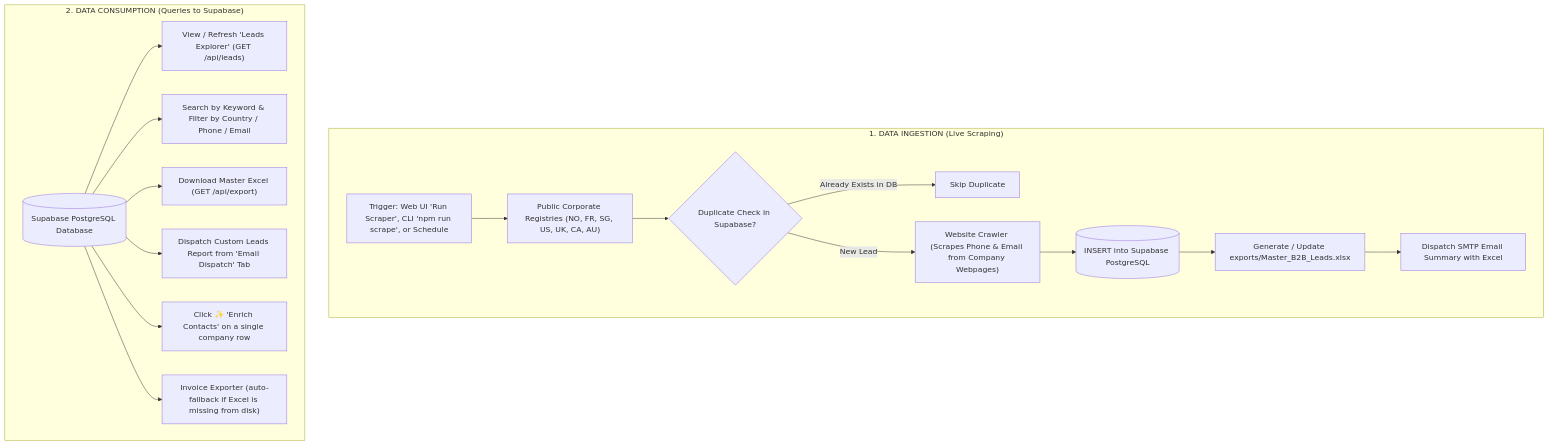
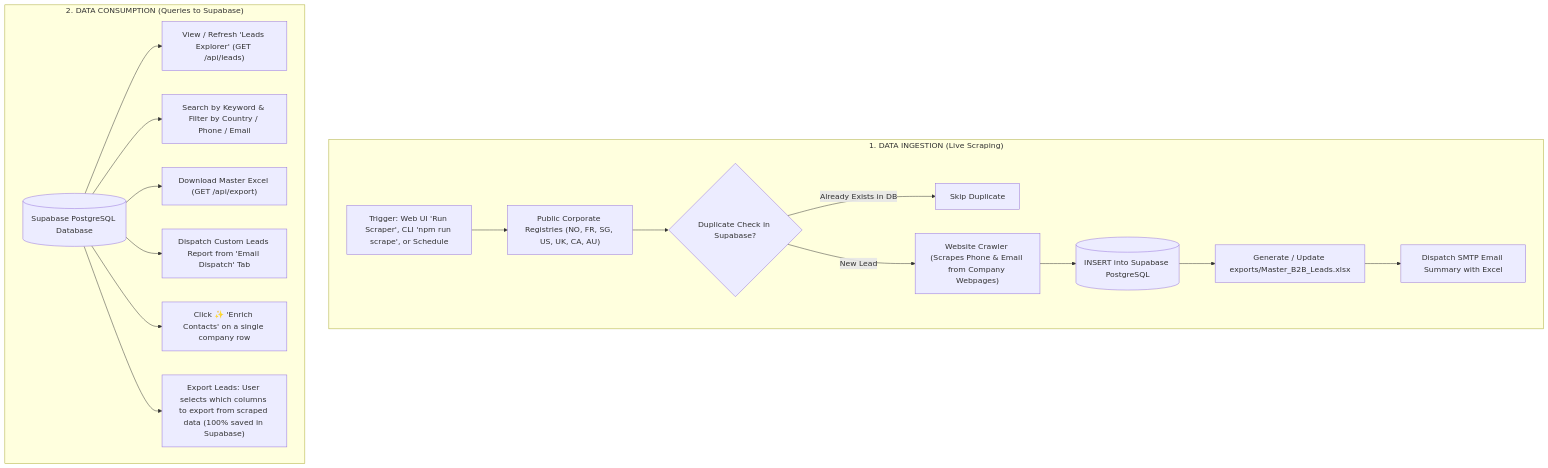
The diagram in WORKFLOW.md (Dev-Saurabh-K/LeadScrapper), drawn with Mermaid before and after one commit. The commit also changed other lines of this file and 3 other files, not shown here.

Commit message:
feat: streamline export workflow - default to scraped leads with custom column selection and zero file upload

````diff
--- a/WORKFLOW.md
+++ b/WORKFLOW.md
@@ -9,39 +9,39 @@
 ```mermaid
 flowchart TD
     subgraph ScrapingPhase ["1. DATA INGESTION (Live Scraping)"]
         Trigger["Trigger: Web UI 'Run Scraper', CLI 'npm run scrape', or Schedule"]
         Registries["Public Corporate Registries (NO, FR, SG, US, UK, CA, AU)"]
         DupCheck{"Duplicate Check in Supabase?"}
         Skip["Skip Duplicate"]
         Enrichment["Website Crawler (Scrapes Phone & Email from Company Webpages)"]
         InsertDB[("INSERT into Supabase PostgreSQL")]
         GenExcel["Generate / Update exports/Master_B2B_Leads.xlsx"]
         SendEmail["Dispatch SMTP Email Summary with Excel"]
 
         Trigger --> Registries
         Registries --> DupCheck
         DupCheck -->|Already Exists in DB| Skip
         DupCheck -->|New Lead| Enrichment
         Enrichment --> InsertDB
         InsertDB --> GenExcel
         GenExcel --> SendEmail
     end
 
     subgraph ReadingPhase ["2. DATA CONSUMPTION (Queries to Supabase)"]
         ExplorerUI["View / Refresh 'Leads Explorer' (GET /api/leads)"]
         FilterUI["Search by Keyword & Filter by Country / Phone / Email"]
         ExportMaster["Download Master Excel (GET /api/export)"]
         EmailDispatch["Dispatch Custom Leads Report from 'Email Dispatch' Tab"]
         EnrichSingle["Click ✨ 'Enrich Contacts' on a single company row"]
-        InvoiceFallback["Invoice Exporter (auto-fallback if Excel is missing from disk)"]
+        ExportColumns["Export Leads: User selects which columns to export from scraped data (100% saved in Supabase)"]
 
         SupabaseDB[("Supabase PostgreSQL Database")]
         
         SupabaseDB --> ExplorerUI
         SupabaseDB --> FilterUI
         SupabaseDB --> ExportMaster
         SupabaseDB --> EmailDispatch
         SupabaseDB --> EnrichSingle
-        SupabaseDB --> InvoiceFallback
+        SupabaseDB --> ExportColumns
     end
 ```
````
